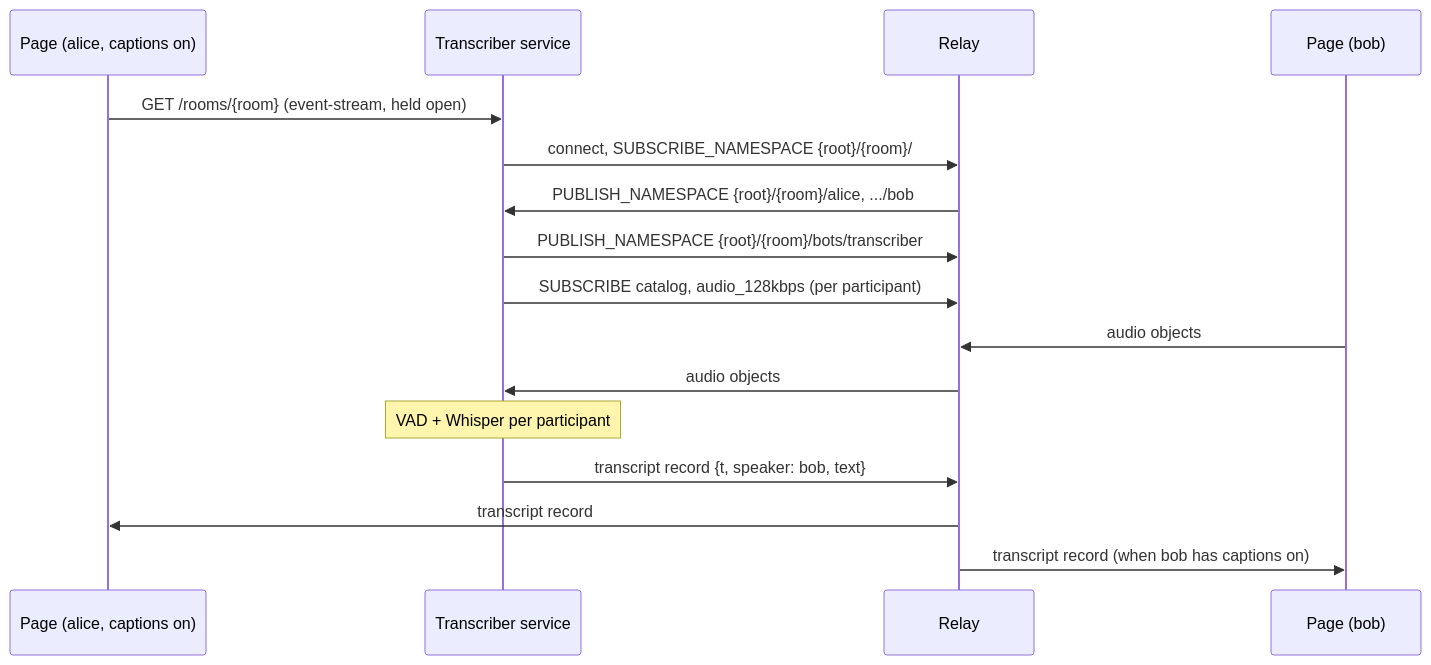
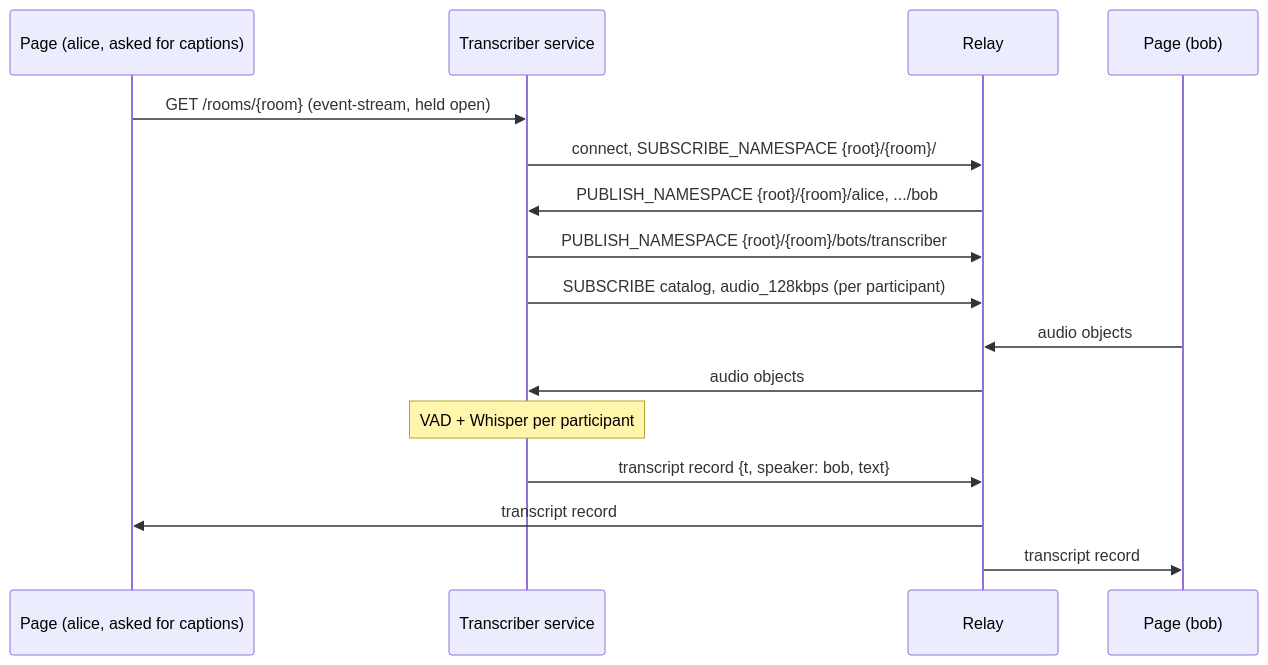
The diagram in docs/architecture/ai-bots/meeting-transcriber.md (nttcom/moq-wasm), drawn with Mermaid before and after one commit. The commit also changed other lines of this file and 1 other file, not shown here.

First line of the commit message:
fix(meeting): show captions on every page while the transcriber is in the room

````diff
--- a/docs/architecture/ai-bots/meeting-transcriber.md
+++ b/docs/architecture/ai-bots/meeting-transcriber.md
@@ -46,18 +46,18 @@
 ```mermaid
 sequenceDiagram
-    participant A as Page (alice, captions on)
+    participant A as Page (alice, asked for captions)
     participant S as Transcriber service
     participant R as Relay
     participant B as Page (bob)
     A->>S: GET /rooms/{room} (event-stream, held open)
     S->>R: connect, SUBSCRIBE_NAMESPACE {root}/{room}/
     R->>S: PUBLISH_NAMESPACE {root}/{room}/alice, .../bob
     S->>R: PUBLISH_NAMESPACE {root}/{room}/bots/transcriber
     S->>R: SUBSCRIBE catalog, audio_128kbps (per participant)
     B->>R: audio objects
     R->>S: audio objects
     Note over S: VAD + Whisper per participant
     S->>R: transcript record {t, speaker: bob, text}
     R->>A: transcript record
-    R->>B: transcript record (when bob has captions on)
+    R->>B: transcript record
 ```
````
